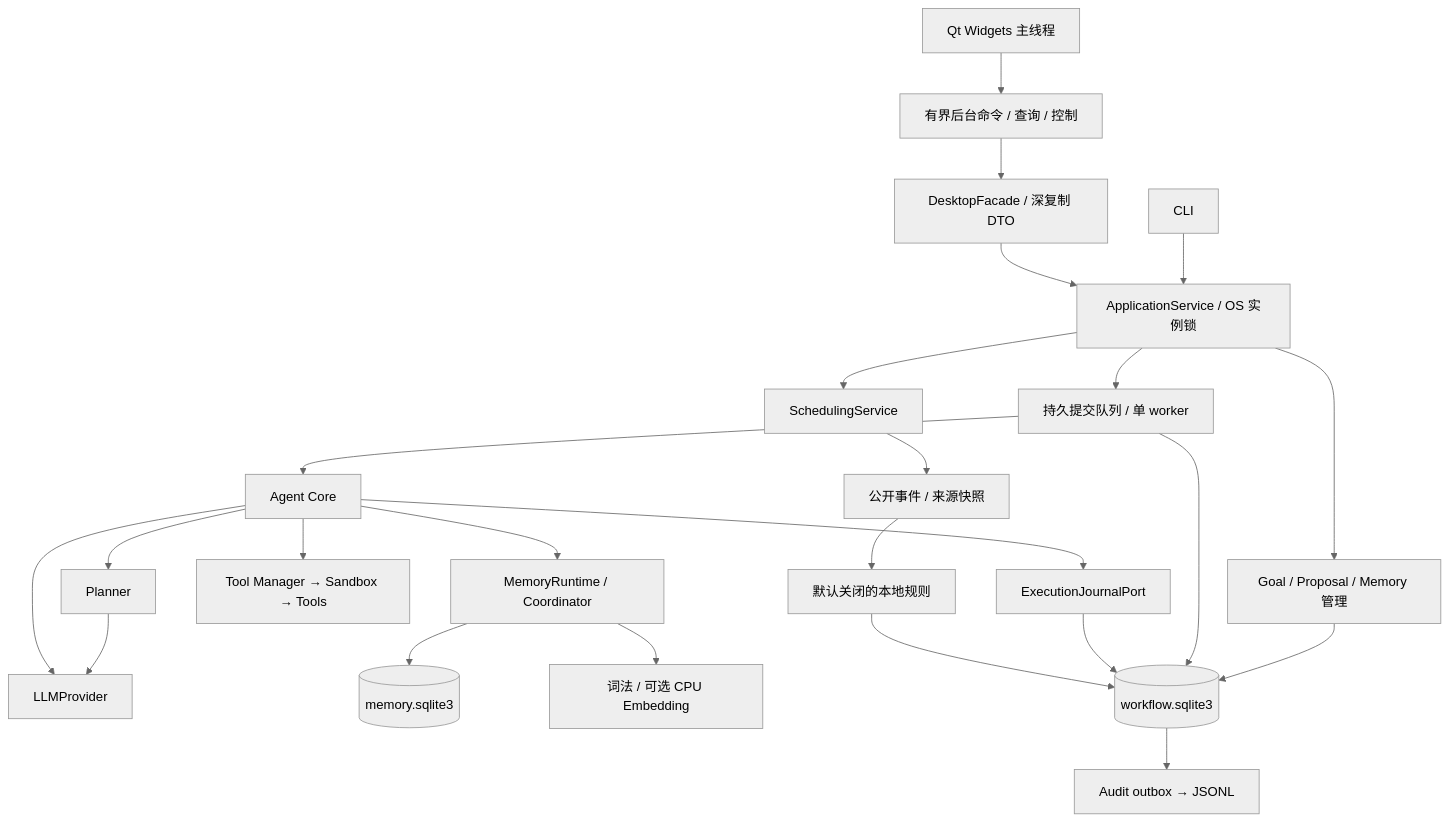
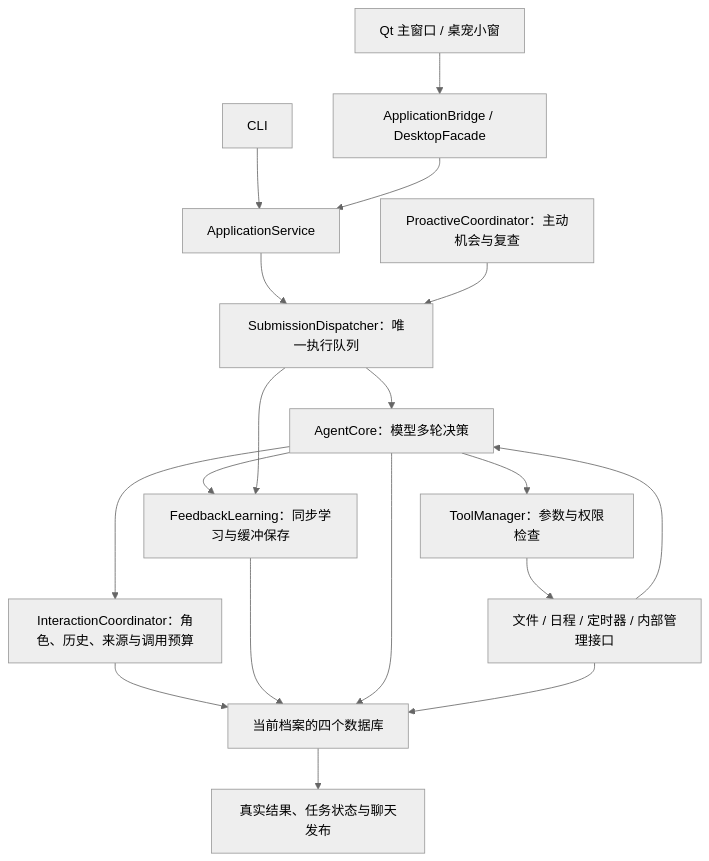
One commit to kbdui/kb_deskpal changed the diagram in ARCHITECTURE.md. Above: the diagram before and after it, drawn with Mermaid (neutral theme). The commit also changed other lines of this file and 682 other files, not shown here.

````diff
--- a/ARCHITECTURE.md
+++ b/ARCHITECTURE.md
@@ -23,26 +5,20 @@
 ```mermaid
 flowchart TD
-  CLI[CLI] --> App[ApplicationService / OS 实例锁]
-  GUI[Qt Widgets 主线程] --> Bridge[有界后台命令 / 查询 / 控制]
-  Bridge --> Desktop[DesktopFacade / 深复制 DTO]
-  Desktop --> App
-  App --> Commands[Goal / Proposal / Memory 管理]
-  App --> Queue[持久提交队列 / 单 worker]
-  Queue --> Core[Agent Core]
-  Core --> Planner
-  Planner --> LLM[LLMProvider]
-  Core --> LLM
-  Core --> Tools[Tool Manager → Sandbox → Tools]
-  Core --> Memory[MemoryRuntime / Coordinator]
-  Memory --> MemoryDB[(memory.sqlite3)]
-  Memory --> Retriever[词法 / 可选 CPU Embedding]
-  Commands --> Work[(workflow.sqlite3)]
-  Queue --> Work
-  Core --> Journal[ExecutionJournalPort]
-  Journal --> Work
-  App --> Scheduling[SchedulingService]
-  Scheduling --> Events[公开事件 / 来源快照]
-  Events --> Rules[默认关闭的本地规则]
-  Rules --> Work
-  Work --> Audit[Audit outbox → JSONL]
+    GUI[Qt 主窗口 / 桌宠小窗] --> Bridge[ApplicationBridge / DesktopFacade]
+    CLI[CLI] --> App[ApplicationService]
+    Bridge --> App
+    App --> Dispatcher[SubmissionDispatcher：唯一执行队列]
+    Proactive[ProactiveCoordinator：主动机会与复查] --> Dispatcher
+    Dispatcher --> Core[AgentCore：模型多轮决策]
+    Core --> Turn[InteractionCoordinator：角色、历史、来源与调用预算]
+    Core --> Tools[ToolManager：参数与权限检查]
+    Tools --> Business[文件 / 日程 / 定时器 / 内部管理接口]
+    Business --> Core
+    Core --> Learning[FeedbackLearning：同步学习与缓冲保存]
+    Dispatcher --> Learning
+    Turn --> Stores[当前档案的四个数据库]
+    Learning --> Stores
+    Core --> Stores
+    Business --> Stores
+    Stores --> Publish[真实结果、任务状态与聊天发布]
 ```
````
